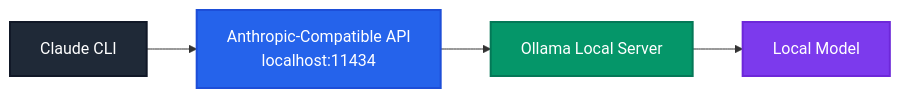
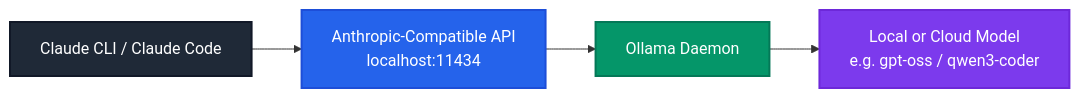
Before and after one commit to CagriCatik/claude-ollama-coder: the diagram in docs/index.md, drawn with Mermaid. The commit also changed other lines of this file and 126 other files, not shown here.

````diff
--- a/docs/index.md
+++ b/docs/index.md
@@ -51,16 +13,16 @@
 ```mermaid
 flowchart LR
-    A[Claude CLI] --> B[Anthropic-Compatible API<br/>localhost:11434]
-    B --> C[Ollama Local Server]
-    C --> D[Local Model]
+    A[Claude CLI / Claude Code] --> B[Anthropic-Compatible API<br/>localhost:11434]
+    B --> C[Ollama Daemon]
+    C --> D[Local or Cloud Model<br/>e.g. gpt-oss / qwen3-coder]
 
     classDef cli fill:#1f2937,stroke:#111827,color:#ffffff,stroke-width:2px;
     classDef api fill:#2563eb,stroke:#1d4ed8,color:#ffffff,stroke-width:2px;
     classDef ollama fill:#059669,stroke:#047857,color:#ffffff,stroke-width:2px;
     classDef model fill:#7c3aed,stroke:#6d28d9,color:#ffffff,stroke-width:2px;
 
     class A cli;
     class B api;
     class C ollama;
     class D model;
 ```
````
